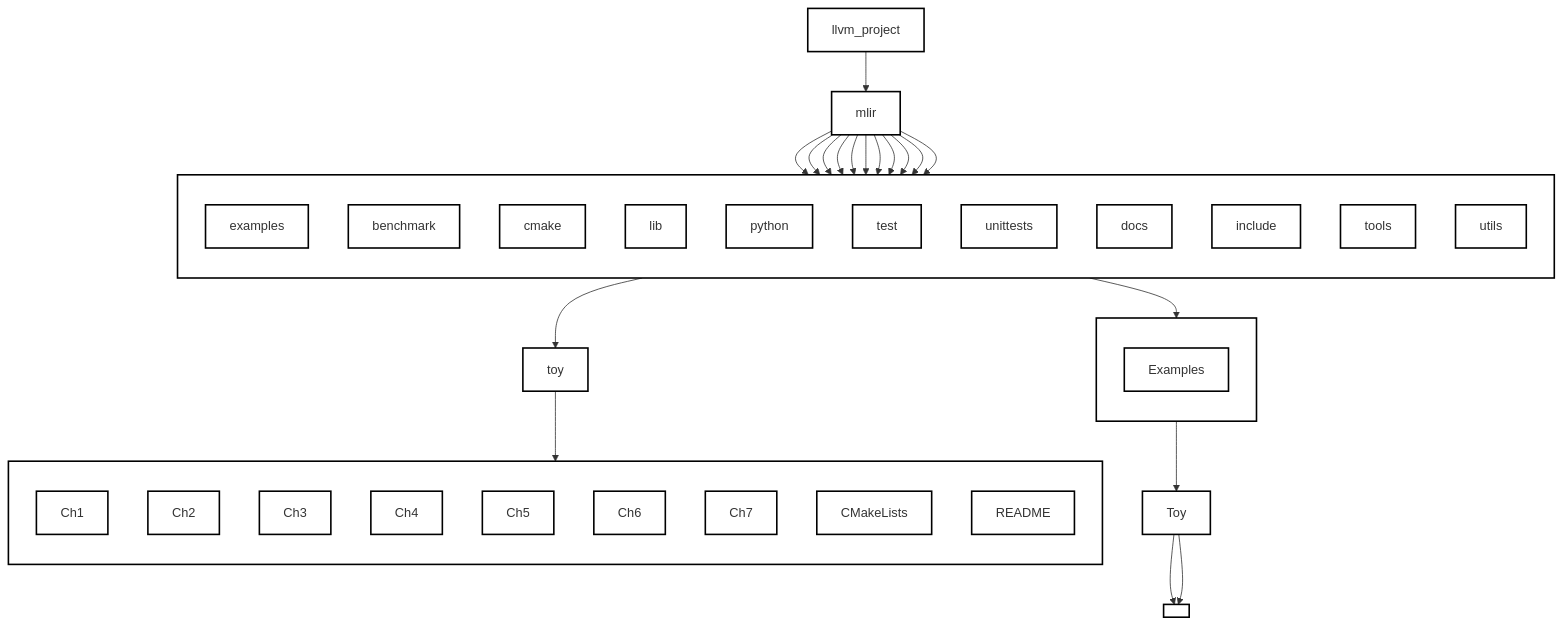
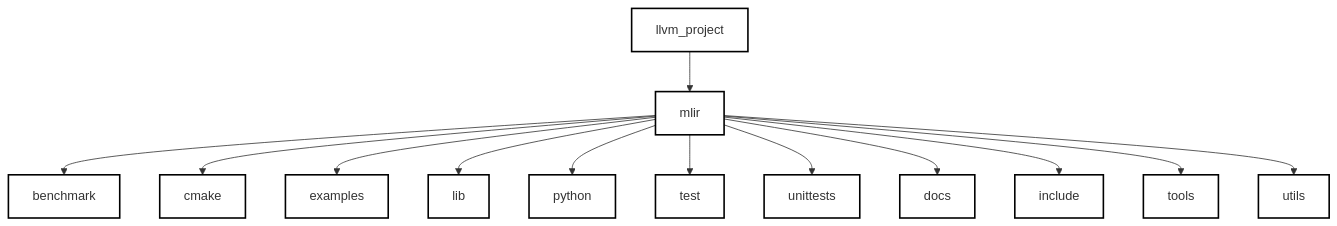
The third of 3 diagrams in Introduction.md (Ameya674/mlir_for_beginners), drawn with Mermaid before and after one commit.

````diff
--- a/Introduction.md
+++ b/Introduction.md
@@ -143,81 +143,36 @@
 ```mermaid
 graph TD
   llvm_project["llvm_project"]
   mlir["mlir"]
+  benchmark["benchmark"]
+  cmake["cmake"]
   examples["examples"]
-  toy_examples["toy"]
-  toy_test["Toy"]
+  lib["lib"]
+  python["python"]
+  test["test"]
+  unittests["unittests"]
+  docs["docs"]
+  include["include"]
+  tools["tools"]
+  utils["utils"]
 
   llvm_project --> mlir
-
-  subgraph mlir_box[ ]
-    direction TB
-    benchmark
-    cmake
-    examples
-    lib
-    python
-    test
-    unittests
-    docs
-    include
-    tools
-    utils
-  end
-
   mlir --> benchmark
   mlir --> cmake
   mlir --> examples
   mlir --> lib
   mlir --> python
   mlir --> test
   mlir --> unittests
   mlir --> docs
   mlir --> include
   mlir --> tools
   mlir --> utils 
 
-  subgraph toy_examples_box[ ]
-    direction TB
-    Ch1
-    Ch2
-    Ch3
-    Ch4
-    Ch5
-    Ch6
-    Ch7
-    CMakeLists
-    README
-  end
-
-  examples --> toy_examples
-  toy_examples --> toy_examples_box
-
-  subgraph test_box[ ]
-    direction TB
-    Examples
-  end
-
-  test --> test_box
-  test_box --> toy_test
-  toy_test --> toy_test_box
-
-  subgraph toy_test_box[ ]
-    direction TB
-    Ch1
-    Ch2
-    Ch3
-    Ch4
-    Ch5
-    Ch6
-    Ch7
-  end
-
-  toy_test --> toy_test_box
-
+  
   classDef default fill:#fff,stroke:#000,stroke-width:2px;
   class mlir_box default;
   class toy_examples_box default;
   class toy_test_box default;
   class test_box default;
 ```
````
